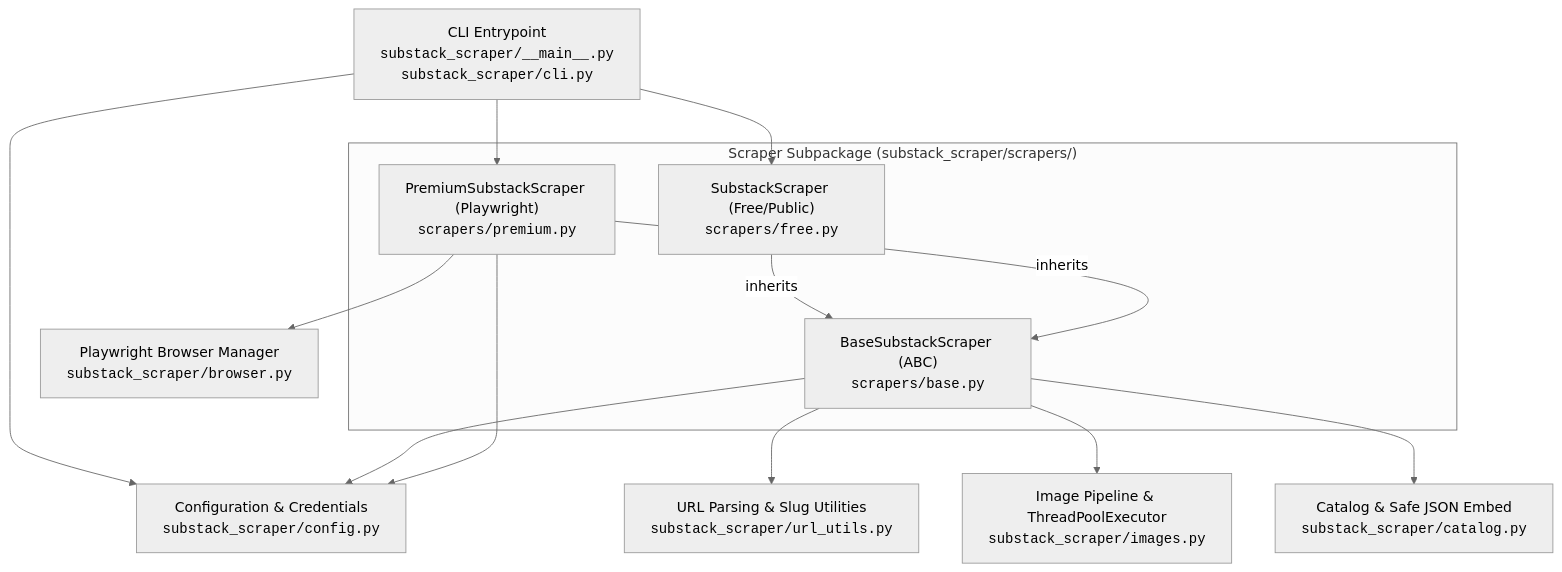
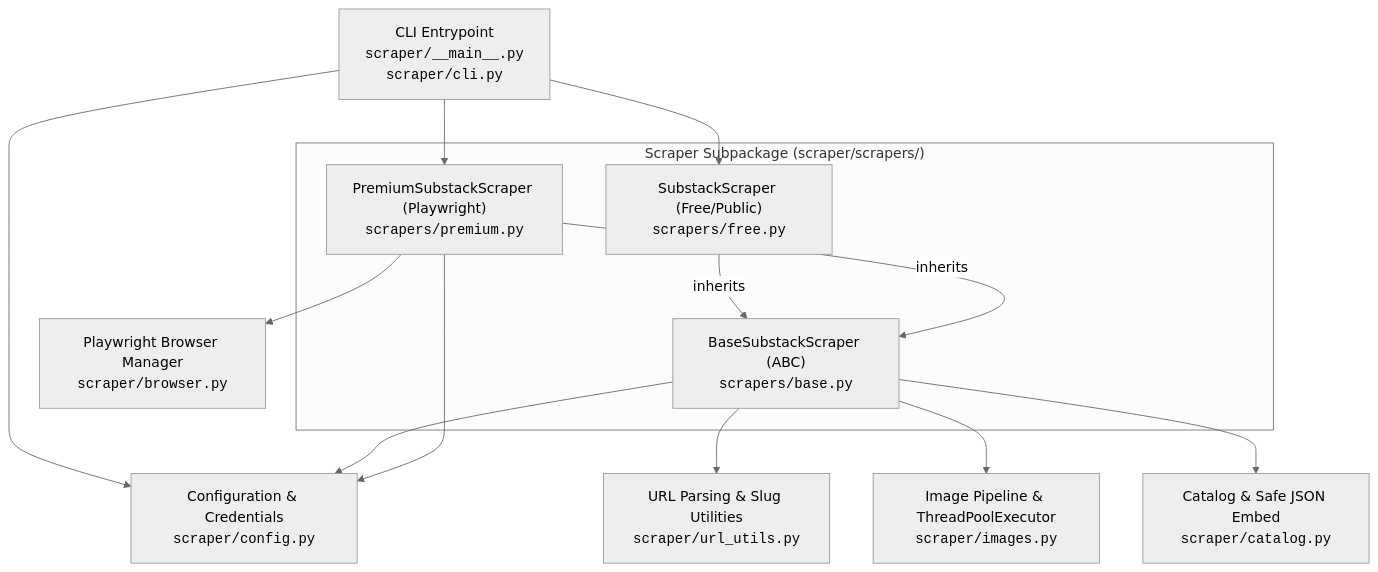
Before and after one commit to 0xfchen/Substack2Markdown: the first of 2 diagrams in AGENTS.md, drawn with Mermaid (neutral theme). The commit also changed other lines of this file and 17 other files, not shown here.

Commit message:
refactor: rename package and cli from substack_scraper to scraper

````diff
--- a/AGENTS.md
+++ b/AGENTS.md
@@ -16,30 +16,30 @@
 ```mermaid
 flowchart TD
-    CLI["CLI Entrypoint<br/><code>substack_scraper/__main__.py</code><br/><code>substack_scraper/cli.py</code>"]
-    Config["Configuration & Credentials<br/><code>substack_scraper/config.py</code>"]
-    URLUtils["URL Parsing & Slug Utilities<br/><code>substack_scraper/url_utils.py</code>"]
-    Images["Image Pipeline & ThreadPoolExecutor<br/><code>substack_scraper/images.py</code>"]
-    Catalog["Catalog & Safe JSON Embed<br/><code>substack_scraper/catalog.py</code>"]
-    Browser["Playwright Browser Manager<br/><code>substack_scraper/browser.py</code>"]
+    CLI["CLI Entrypoint<br/><code>scraper/__main__.py</code><br/><code>scraper/cli.py</code>"]
+    Config["Configuration & Credentials<br/><code>scraper/config.py</code>"]
+    URLUtils["URL Parsing & Slug Utilities<br/><code>scraper/url_utils.py</code>"]
+    Images["Image Pipeline & ThreadPoolExecutor<br/><code>scraper/images.py</code>"]
+    Catalog["Catalog & Safe JSON Embed<br/><code>scraper/catalog.py</code>"]
+    Browser["Playwright Browser Manager<br/><code>scraper/browser.py</code>"]
 
-    subgraph Scrapers ["Scraper Subpackage (substack_scraper/scrapers/)"]
+    subgraph Scrapers ["Scraper Subpackage (scraper/scrapers/)"]
         BaseScraper["BaseSubstackScraper (ABC)<br/><code>scrapers/base.py</code>"]
         FreeScraper["SubstackScraper (Free/Public)<br/><code>scrapers/free.py</code>"]
         PremiumScraper["PremiumSubstackScraper (Playwright)<br/><code>scrapers/premium.py</code>"]
     end
 
     CLI --> Config
     CLI --> FreeScraper
     CLI --> PremiumScraper
     
     FreeScraper -- inherits --> BaseScraper
     PremiumScraper -- inherits --> BaseScraper
     
     BaseScraper --> URLUtils
     BaseScraper --> Images
     BaseScraper --> Catalog
     BaseScraper --> Config
     
     PremiumScraper --> Browser
     PremiumScraper --> Config
 ```
````
